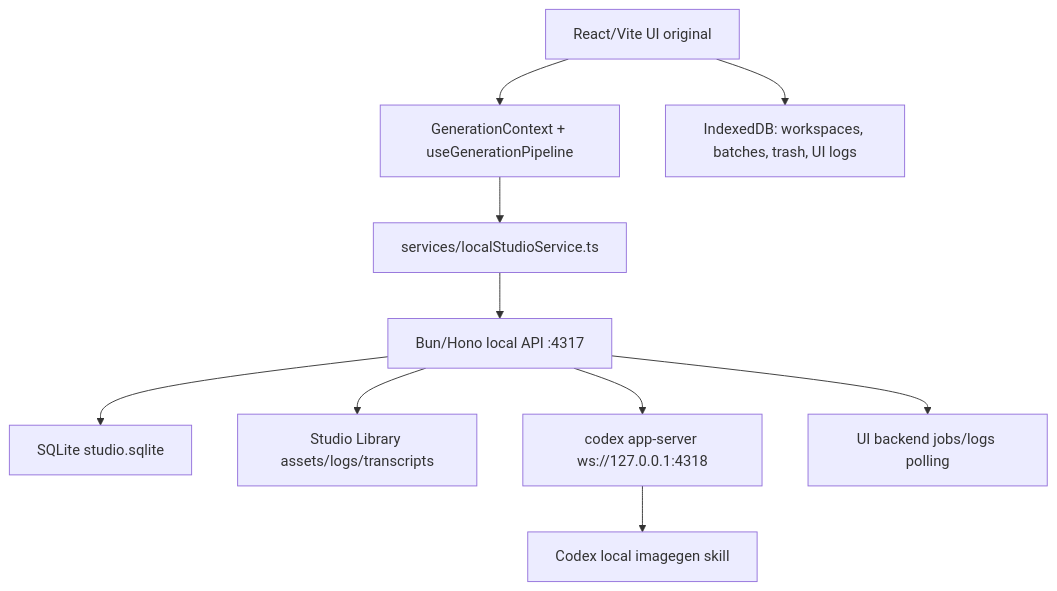
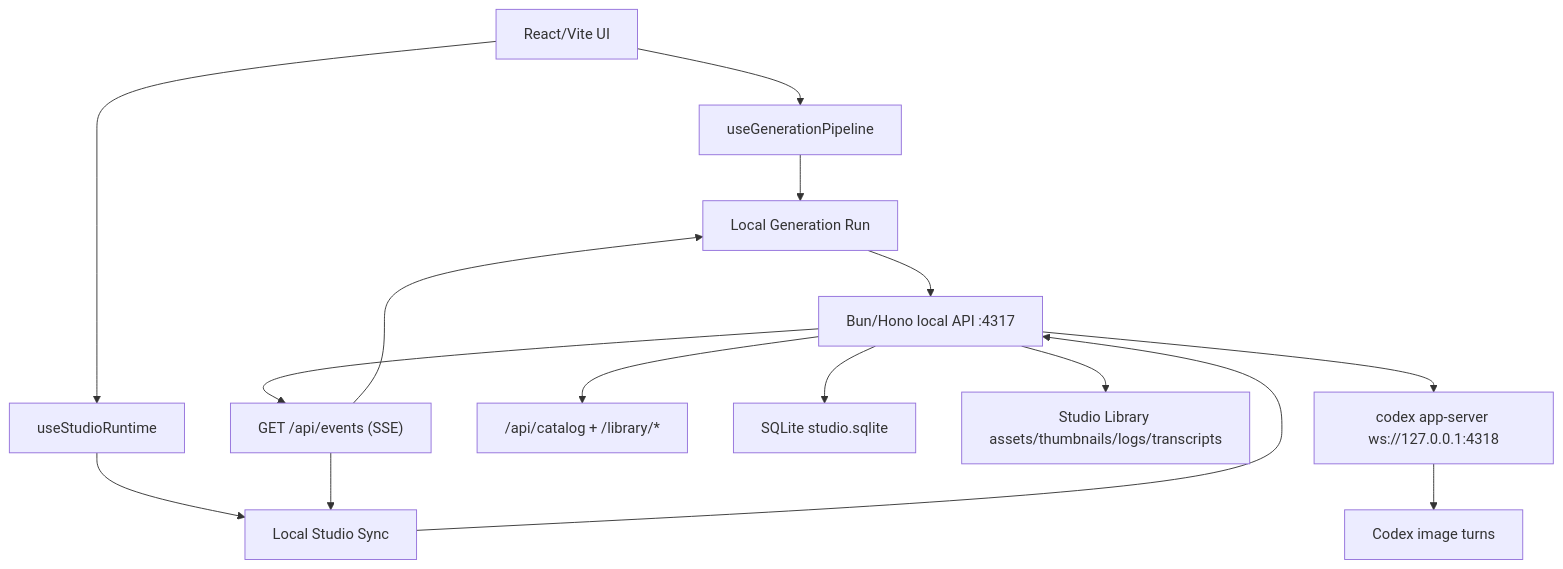
One commit to gvastethecreator/codex-studio changed the diagram in docs/ARCHITECTURE.md. Above: the diagram before and after it, drawn with Mermaid. The commit also changed other lines of this file and 55 other files, not shown here.

````diff
--- a/docs/ARCHITECTURE.md
+++ b/docs/ARCHITECTURE.md
@@ -7,12 +7,17 @@
 ```mermaid
 graph TD
-    UI["React/Vite UI original"] --> GC["GenerationContext + useGenerationPipeline"]
-    UI --> IDB["IndexedDB: workspaces, batches, trash, UI logs"]
-    GC --> LS["services/localStudioService.ts"]
-    LS --> API["Bun/Hono local API :4317"]
+    UI["React/Vite UI"] --> PIPE["useGenerationPipeline"]
+    UI --> RUNTIME["useStudioRuntime"]
+    PIPE --> RUN["Local Generation Run"]
+    RUNTIME --> SYNC["Local Studio Sync"]
+    RUN --> API["Bun/Hono local API :4317"]
+    SYNC --> API
+    API --> EVENTS["GET /api/events (SSE)"]
+    EVENTS --> RUN
+    EVENTS --> SYNC
+    API --> CATALOG["/api/catalog + /library/*"]
     API --> DB["SQLite studio.sqlite"]
-    API --> FS["Studio Library assets/logs/transcripts"]
+    API --> LIB["Studio Library assets/thumbnails/logs/transcripts"]
     API --> CX["codex app-server ws://127.0.0.1:4318"]
-    CX --> IMG["Codex local imagegen skill"]
-    API --> UIQ["UI backend jobs/logs polling"]
+    CX --> TURN["Codex image turns"]
 ```
````
